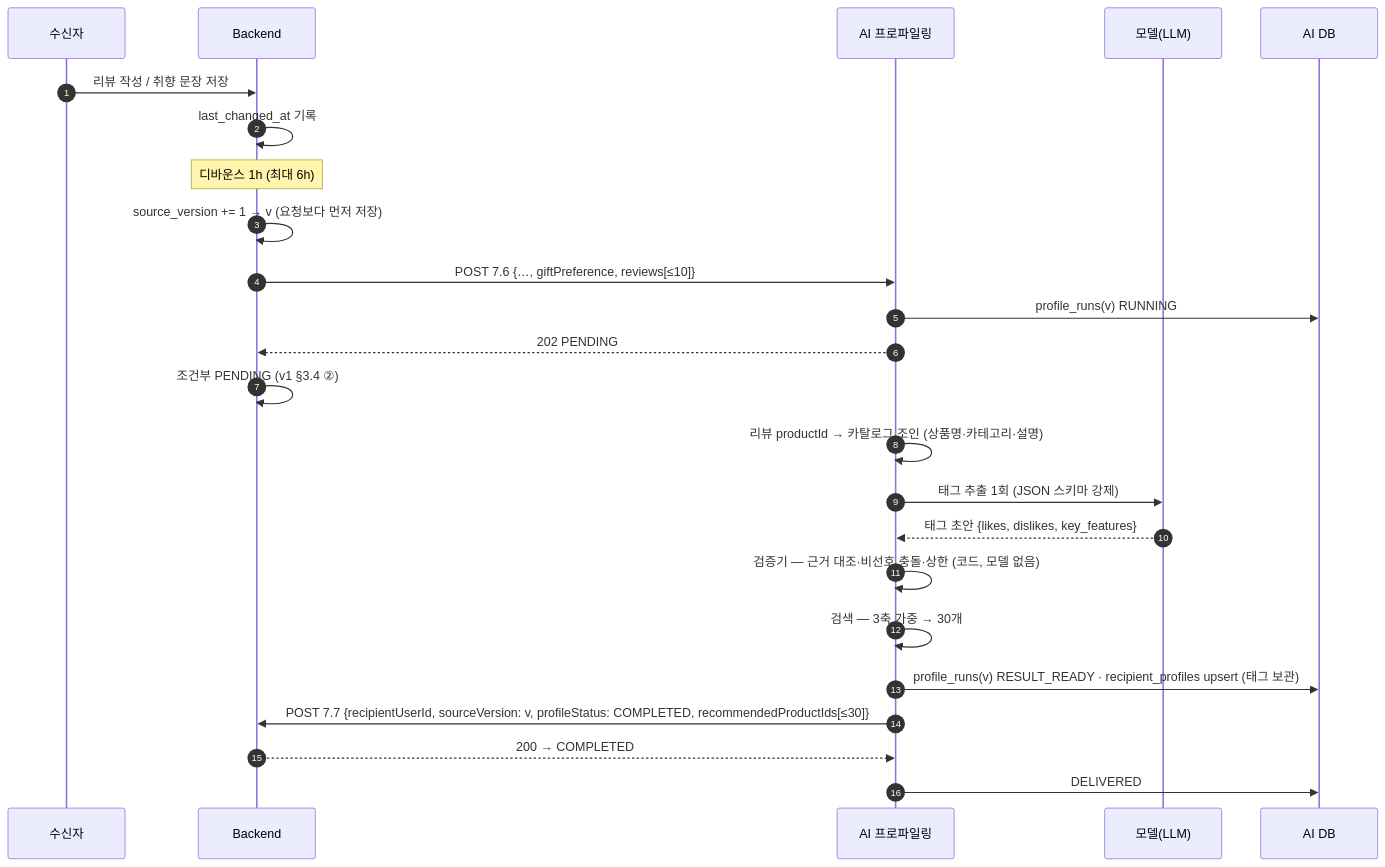
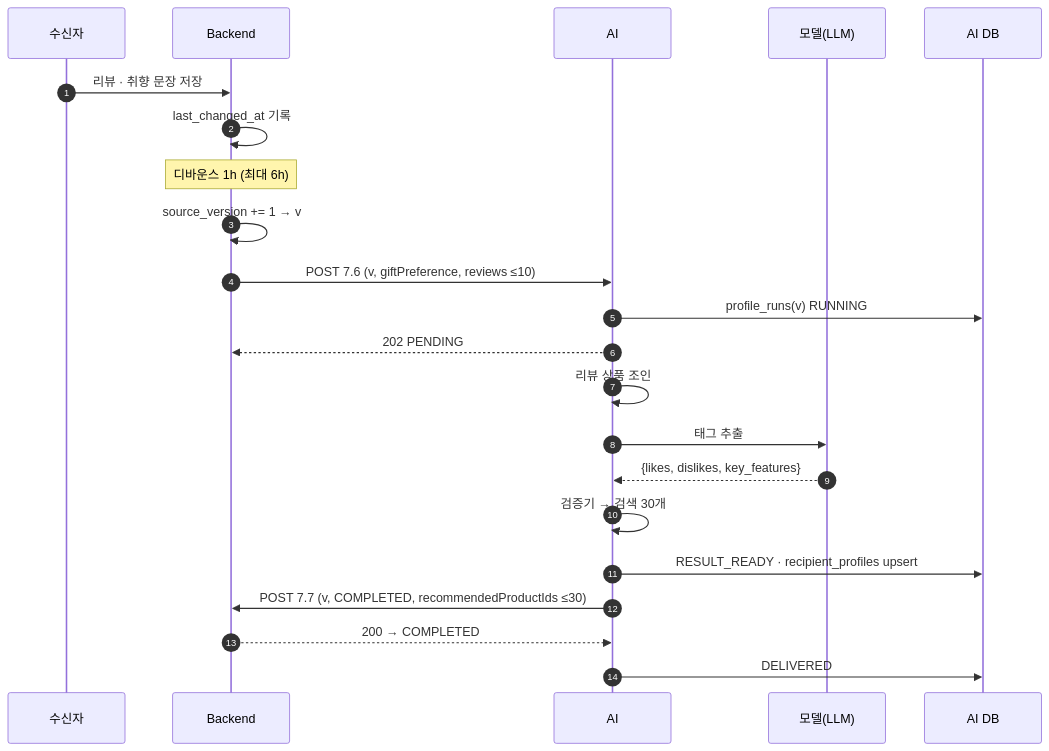
One commit to 100-hours-a-week/KTB4-12th-AI changed the first of 2 diagrams in profiling/docs/BE_연동_필드표_v3.md. Above: the diagram before and after it, drawn with Mermaid. The commit also changed other lines of this file and 70 other files, not shown here.

````diff
--- a/profiling/docs/BE_연동_필드표_v3.md
+++ b/profiling/docs/BE_연동_필드표_v3.md
@@ -80,26 +80,24 @@
 ```mermaid
 sequenceDiagram
   autonumber
   participant U as 수신자
   participant BE as Backend
-  participant AI as AI 프로파일링
+  participant AI as AI
   participant M as 모델(LLM)
   participant DB as AI DB
-  U->>BE: 리뷰 작성 / 취향 문장 저장
+  U->>BE: 리뷰 · 취향 문장 저장
   BE->>BE: last_changed_at 기록
   Note over BE: 디바운스 1h (최대 6h)
-  BE->>BE: source_version += 1 → v (요청보다 먼저 저장)
-  BE->>AI: POST 7.6 {…, giftPreference, reviews[≤10]}
+  BE->>BE: source_version += 1 → v
+  BE->>AI: POST 7.6 (v, giftPreference, reviews ≤10)
   AI->>DB: profile_runs(v) RUNNING
   AI-->>BE: 202 PENDING
-  BE->>BE: 조건부 PENDING (v1 §3.4 ②)
-  AI->>AI: 리뷰 productId → 카탈로그 조인 (상품명·카테고리·설명)
-  AI->>M: 태그 추출 1회 (JSON 스키마 강제)
-  M-->>AI: 태그 초안 {likes, dislikes, key_features}
-  AI->>AI: 검증기 — 근거 대조·비선호 충돌·상한 (코드, 모델 없음)
-  AI->>AI: 검색 — 3축 가중 → 30개
-  AI->>DB: profile_runs(v) RESULT_READY · recipient_profiles upsert (태그 보관)
-  AI->>BE: POST 7.7 {recipientUserId, sourceVersion: v, profileStatus: COMPLETED, recommendedProductIds[≤30]}
+  AI->>AI: 리뷰 상품 조인
+  AI->>M: 태그 추출
+  M-->>AI: {likes, dislikes, key_features}
+  AI->>AI: 검증기 → 검색 30개
+  AI->>DB: RESULT_READY · recipient_profiles upsert
+  AI->>BE: POST 7.7 (v, COMPLETED, recommendedProductIds ≤30)
   BE-->>AI: 200 → COMPLETED
   AI->>DB: DELIVERED
 ```
````
